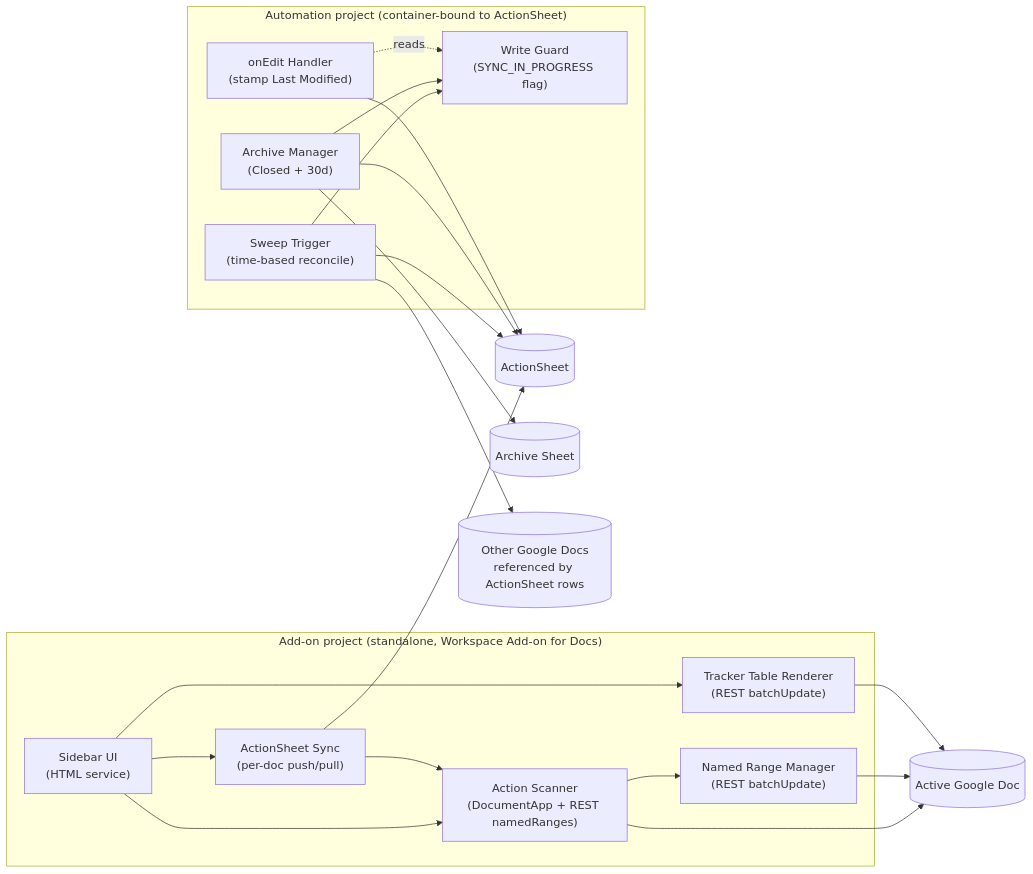
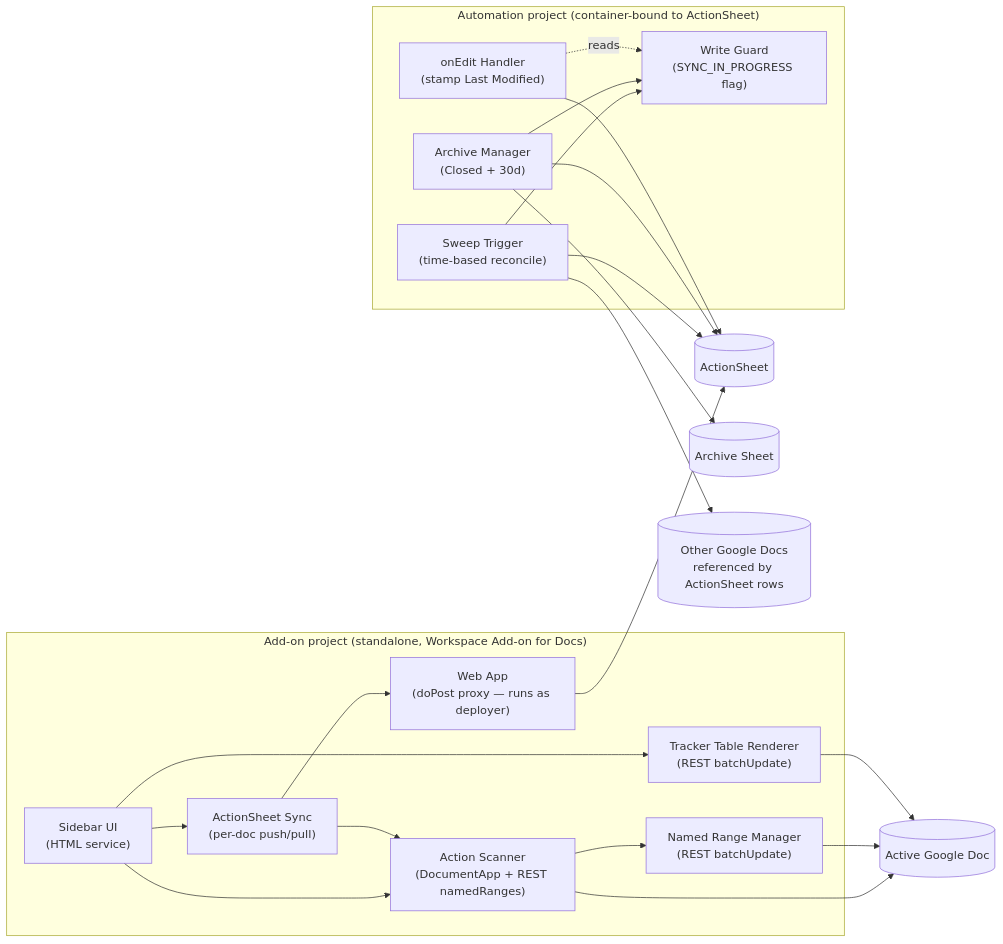
The first of 2 diagrams in docs/DESIGN.md (stuartdonaldson/GActionSheet), drawn with Mermaid before and after one commit. The commit also changed other lines of this file and 5 other files, not shown here.

````diff
--- a/docs/DESIGN.md
+++ b/docs/DESIGN.md
@@ -109,42 +109,44 @@
 ```mermaid
 graph LR
     subgraph AddOn["Add-on project (standalone, Workspace Add-on for Docs)"]
         Sidebar["Sidebar UI<br/>(HTML service)"]
         Scanner["Action Scanner<br/>(DocumentApp + REST namedRanges)"]
         NRM["Named Range Manager<br/>(REST batchUpdate)"]
         Tracker["Tracker Table Renderer<br/>(REST batchUpdate)"]
         DocSync["ActionSheet Sync<br/>(per-doc push/pull)"]
+        WebApp["Web App<br/>(doPost proxy — runs as deployer)"]
 
         Sidebar --> Scanner
         Sidebar --> Tracker
         Sidebar --> DocSync
         Scanner --> NRM
         DocSync --> Scanner
+        DocSync --> WebApp
     end
 
     subgraph Automation["Automation project (container-bound to ActionSheet)"]
         OnEdit["onEdit Handler<br/>(stamp Last Modified)"]
         Sweep["Sweep Trigger<br/>(time-based reconcile)"]
         Archive["Archive Manager<br/>(Closed + 30d)"]
         Guard["Write Guard<br/>(SYNC_IN_PROGRESS flag)"]
 
         Sweep --> Guard
         Archive --> Guard
         OnEdit -. reads .-> Guard
     end
 
     Doc[(Active Google Doc)]
     ActionSheet[(ActionSheet)]
     ArchiveSheet[(Archive Sheet)]
     OtherDocs[(Other Google Docs<br/>referenced by ActionSheet rows)]
 
     Scanner --> Doc
     NRM --> Doc
     Tracker --> Doc
-    DocSync --> ActionSheet
+    WebApp --> ActionSheet
     Sweep --> ActionSheet
     Sweep --> OtherDocs
     Archive --> ActionSheet
     Archive --> ArchiveSheet
     OnEdit --> ActionSheet
 ```
````
